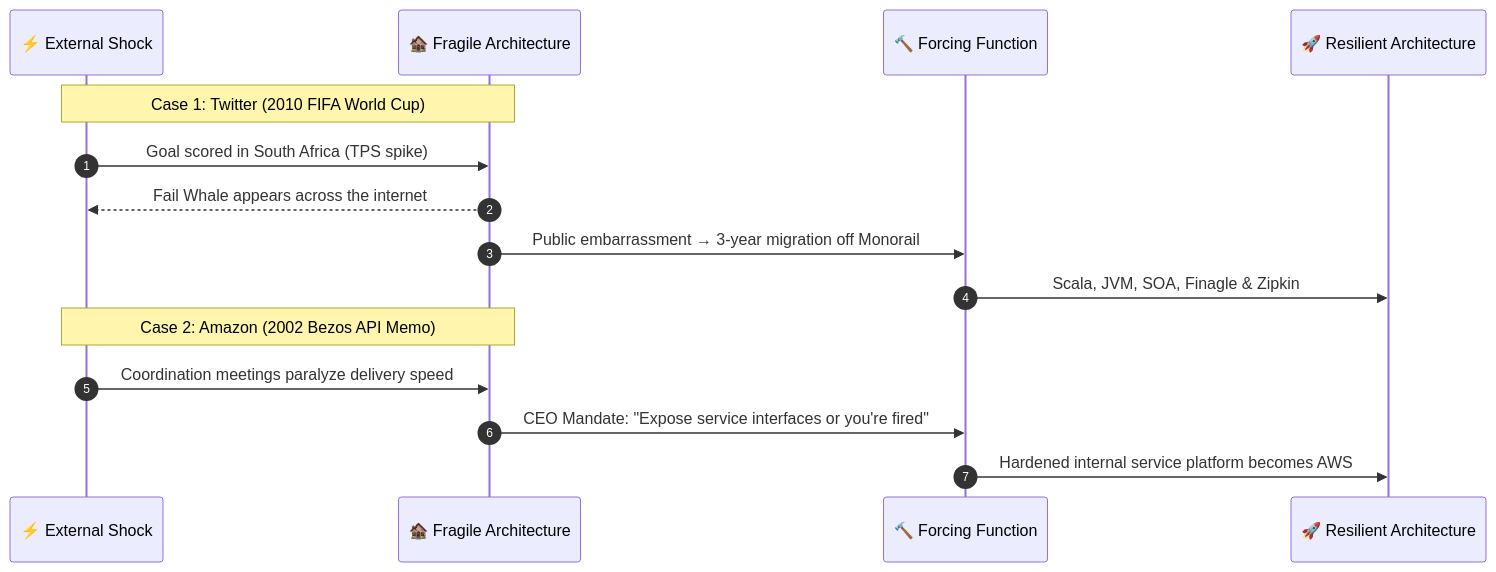
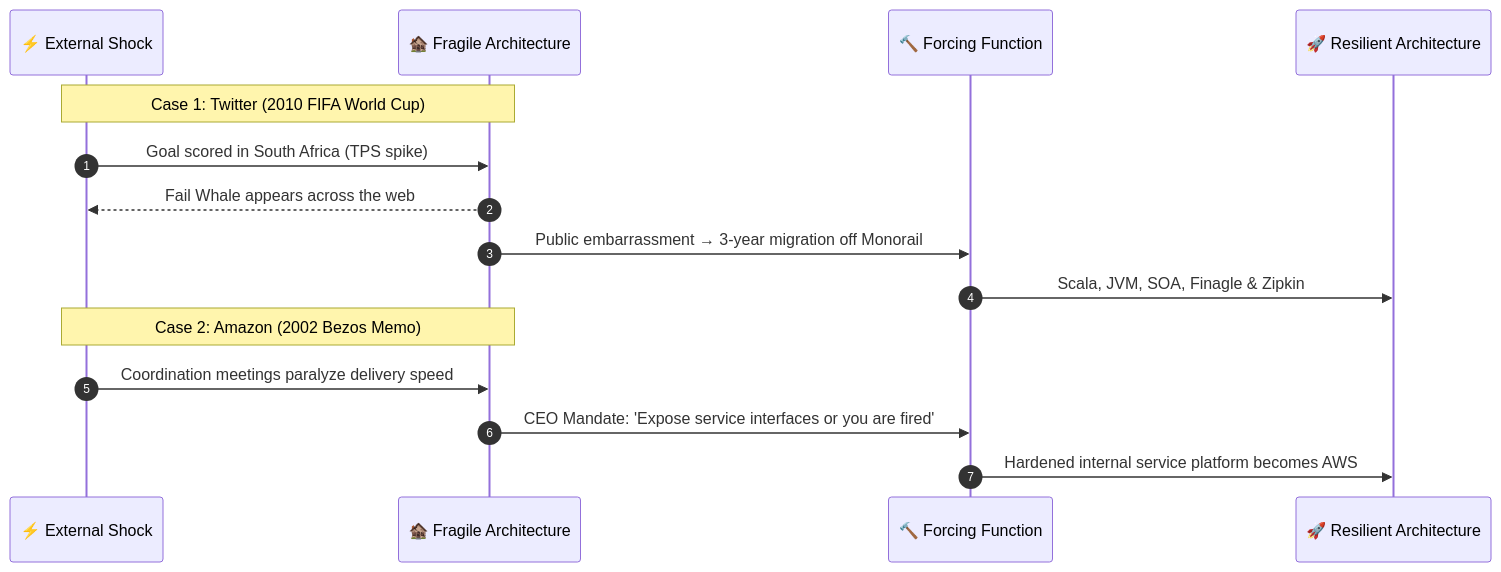
One commit to Dustu103/system-design changed the sixth of 9 diagrams in 01-filestructure/articles/01-your-folder-structure-is-a-message.md. Above: the diagram before and after it, drawn with Mermaid. The commit also changed other lines of this file, not shown here.

Commit message:
style: streamline Article 1 into diagram-first format with 8 visual architectures

````diff
--- a/01-filestructure/articles/01-your-folder-structure-is-a-message.md
+++ b/01-filestructure/articles/01-your-folder-structure-is-a-message.md
@@ -194,19 +182,19 @@
 ```mermaid
 sequenceDiagram
     autonumber
     participant Event as ⚡ External Shock
     participant System as 🏚️ Fragile Architecture
     participant Action as 🔨 Forcing Function
     participant Future as 🚀 Resilient Architecture
 
     Note over Event,System: Case 1: Twitter (2010 FIFA World Cup)
     Event->>System: Goal scored in South Africa (TPS spike)
-    System-->>Event: Fail Whale appears across the internet
+    System-->>Event: Fail Whale appears across the web
     System->>Action: Public embarrassment → 3-year migration off Monorail
     Action->>Future: Scala, JVM, SOA, Finagle & Zipkin
 
-    Note over Event,System: Case 2: Amazon (2002 Bezos API Memo)
+    Note over Event,System: Case 2: Amazon (2002 Bezos Memo)
     Event->>System: Coordination meetings paralyze delivery speed
-    System->>Action: CEO Mandate: "Expose service interfaces or you're fired"
+    System->>Action: CEO Mandate: 'Expose service interfaces or you are fired'
     Action->>Future: Hardened internal service platform becomes AWS
 ```
````
